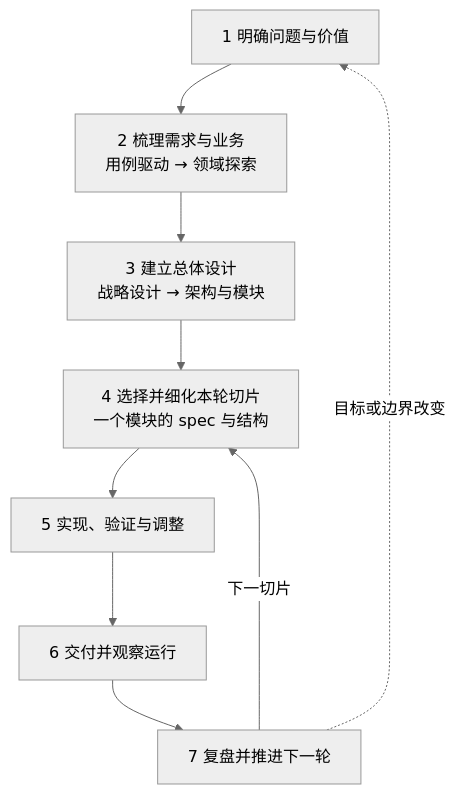
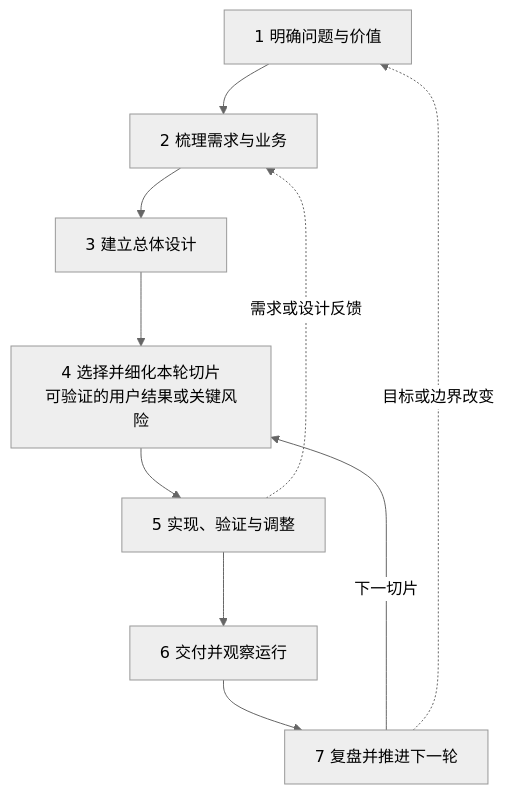
One commit to Super-DDD/daiyu-personal-skills changed the diagram in references/software-engineering.md. Above: the diagram before and after it, drawn with Mermaid (neutral theme). The commit also changed other lines of this file and 2 other files, not shown here.

````diff
--- a/references/software-engineering.md
+++ b/references/software-engineering.md
@@ -41,11 +33,12 @@
 ```mermaid
 flowchart TD
-    A["1 明确问题与价值"] --> B["2 梳理需求与业务<br/>用例驱动 → 领域探索"]
-    B --> C["3 建立总体设计<br/>战略设计 → 架构与模块"]
-    C --> D["4 选择并细化本轮切片<br/>一个模块的 spec 与结构"]
+    A["1 明确问题与价值"] --> B["2 梳理需求与业务"]
+    B --> C["3 建立总体设计"]
+    C --> D["4 选择并细化本轮切片<br/>可验证的用户结果或关键风险"]
     D --> E["5 实现、验证与调整"]
     E --> F["6 交付并观察运行"]
     F --> G["7 复盘并推进下一轮"]
     G -->|下一切片| D
+    E -.->|需求或设计反馈| B
     G -.->|目标或边界改变| A
 ```
````
